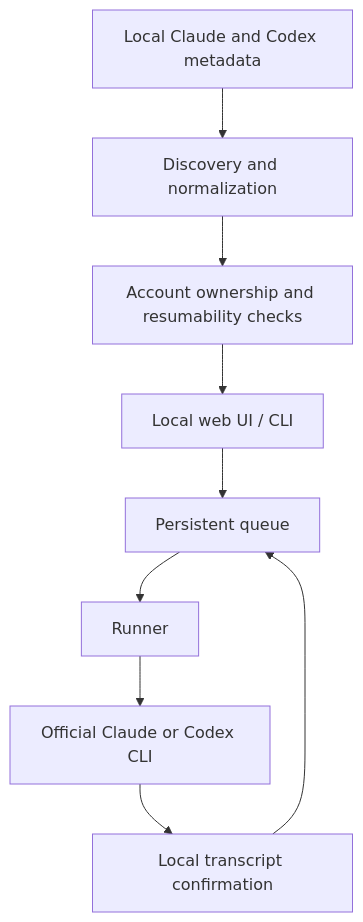
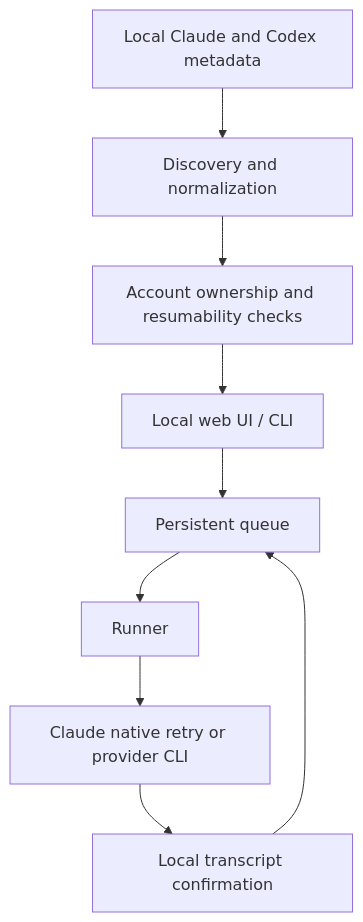
The diagram in docs/ARCHITECTURE.md (ravhello/claude-codex-queue), drawn with Mermaid before and after one commit. The commit also changed other lines of this file and 5 other files, not shown here.

Commit message:
Implement provider-native auto recovery

````diff
--- a/docs/ARCHITECTURE.md
+++ b/docs/ARCHITECTURE.md
@@ -14,11 +14,11 @@
 ```mermaid
 flowchart TD
     A["Local Claude and Codex metadata"] --> B["Discovery and normalization"]
     B --> C["Account ownership and resumability checks"]
     C --> D["Local web UI / CLI"]
     D --> E["Persistent queue"]
     E --> F["Runner"]
-    F --> G["Official Claude or Codex CLI"]
+    F --> G["Claude native retry or provider CLI"]
     G --> H["Local transcript confirmation"]
     H --> E
 ```
````
